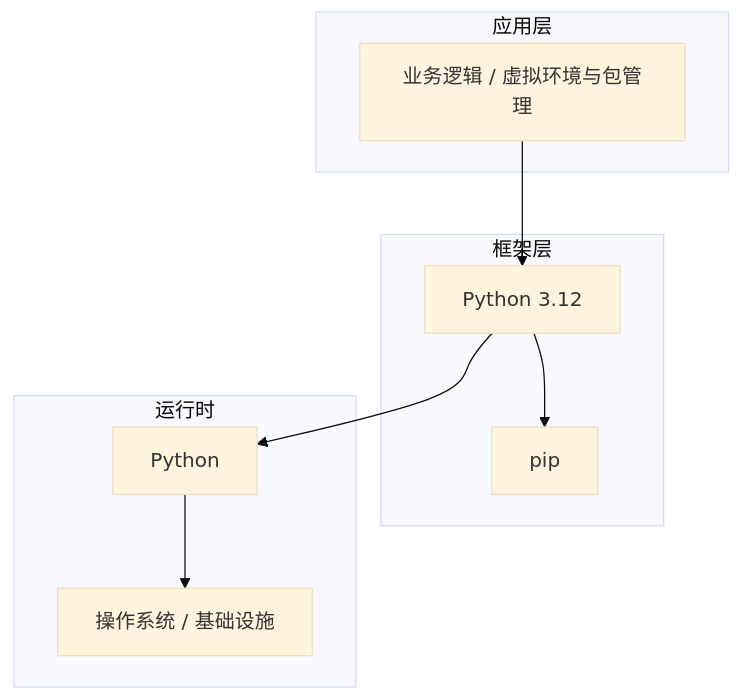
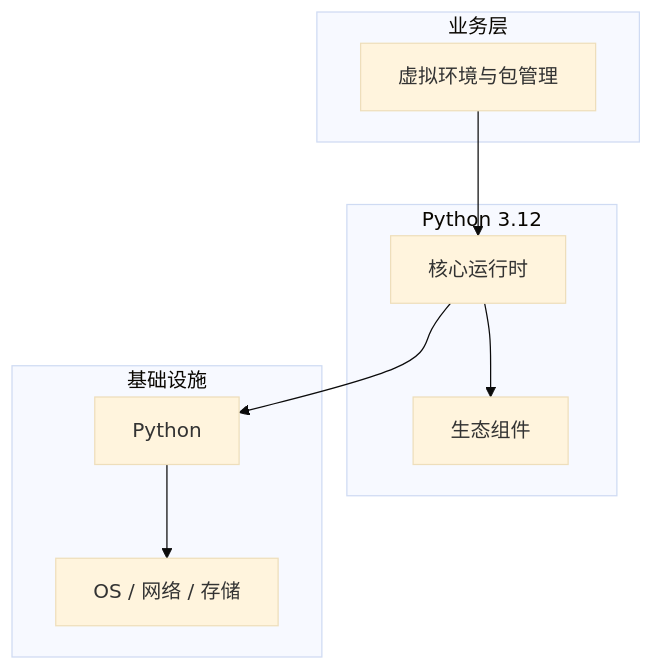
One commit to yanggan2015/knowledge-json-v2 changed the diagram in articles/Python核心/chapters/175-虚拟环境与包管理核心概念与原理.md. Above: the diagram before and after it, drawn with Mermaid (base theme). The commit also changed other lines of this file and 10127 other files, not shown here.

````diff
--- a/articles/Python核心/chapters/175-虚拟环境与包管理核心概念与原理.md
+++ b/articles/Python核心/chapters/175-虚拟环境与包管理核心概念与原理.md
@@ -45,18 +34,18 @@
 ```mermaid
 graph TB
-    subgraph 应用层
-        A[业务逻辑 / 虚拟环境与包管理]
+    subgraph 业务层
+        A[虚拟环境与包管理]
     end
-    subgraph 框架层
-        B[Python 3.12]
-        C[pip]
+    subgraph Python 3.12
+        B[核心运行时]
+        C[生态组件]
     end
-    subgraph 运行时
+    subgraph 基础设施
         D[Python]
-        E[操作系统 / 基础设施]
+        E[OS / 网络 / 存储]
     end
     A --> B
     B --> C
     B --> D
     D --> E
 ```
````
